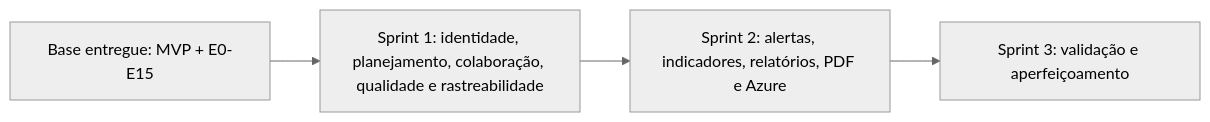
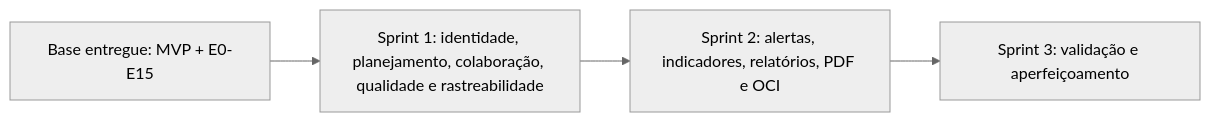
Before and after one commit to iYoNuttxD/Traceflow: the first of 3 diagrams in TRACEFLOW_ROADMAP_INCREMENTAL.md, drawn with Mermaid (neutral theme). The commit also changed other lines of this file, not shown here.

Commit message:
docs: substituir implantação Azure por OCI

````diff
--- a/TRACEFLOW_ROADMAP_INCREMENTAL.md
+++ b/TRACEFLOW_ROADMAP_INCREMENTAL.md
@@ -35,8 +35,8 @@
 ```mermaid
 flowchart LR
     BASE["Base entregue: MVP + E0-E15"]
     S1["Sprint 1: identidade, planejamento, colaboração, qualidade e rastreabilidade"]
-    S2["Sprint 2: alertas, indicadores, relatórios, PDF e Azure"]
+    S2["Sprint 2: alertas, indicadores, relatórios, PDF e OCI"]
     S3["Sprint 3: validação e aperfeiçoamento"]
     BASE --> S1 --> S2 --> S3
 ```
````
